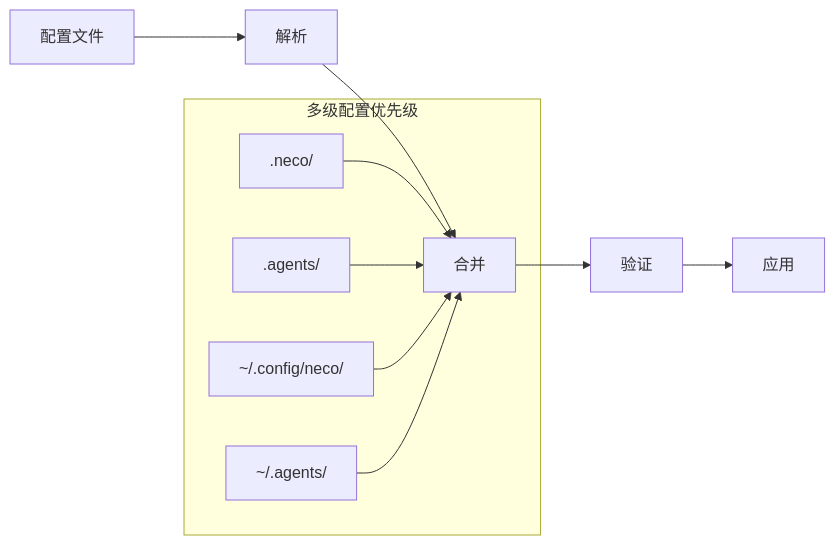
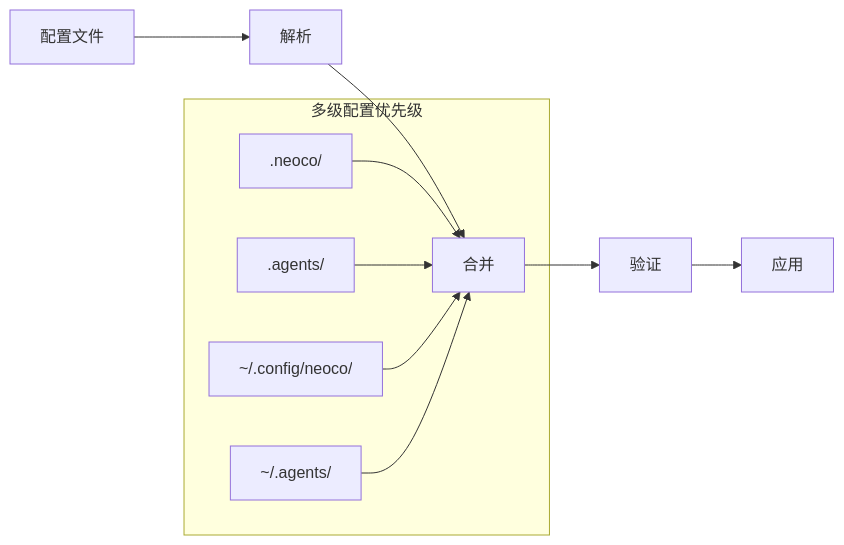
Before and after one commit to MiyakoMeow/neco: the second of 3 diagrams in progress/TECH-CONFIG.md, drawn with Mermaid. The commit also changed other lines of this file and 14 other files, not shown here.

````diff
--- a/progress/TECH-CONFIG.md
+++ b/progress/TECH-CONFIG.md
@@ -350,14 +350,14 @@
 ```mermaid
 flowchart LR
     A[配置文件] --> B[解析]
     B --> C[合并]
     C --> D[验证]
     D --> E[应用]
 
     subgraph 多级配置优先级
-        F[.neco/] --> C
+        F[.neoco/] --> C
         G[.agents/] --> C
-        H[~/.config/neco/] --> C
+        H[~/.config/neoco/] --> C
         I[~/.agents/] --> C
     end
 ```
````
